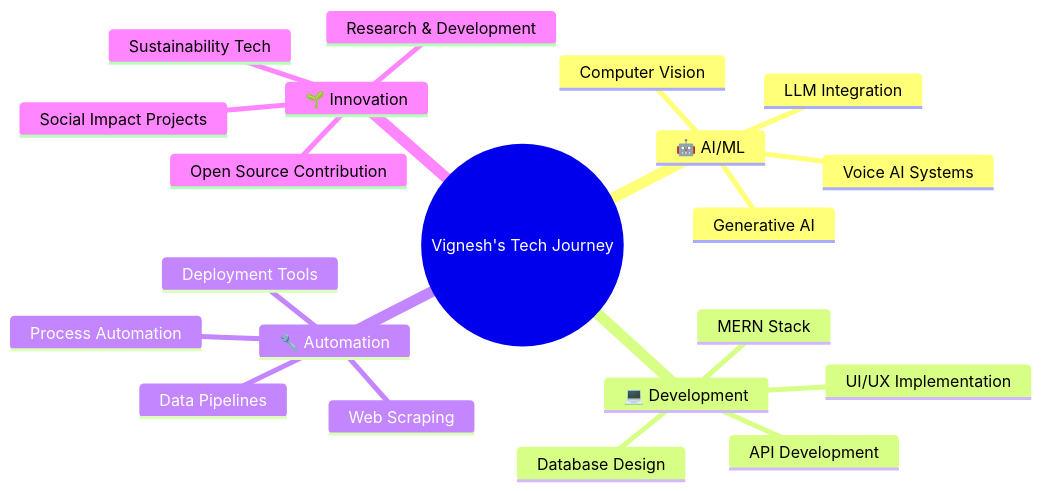
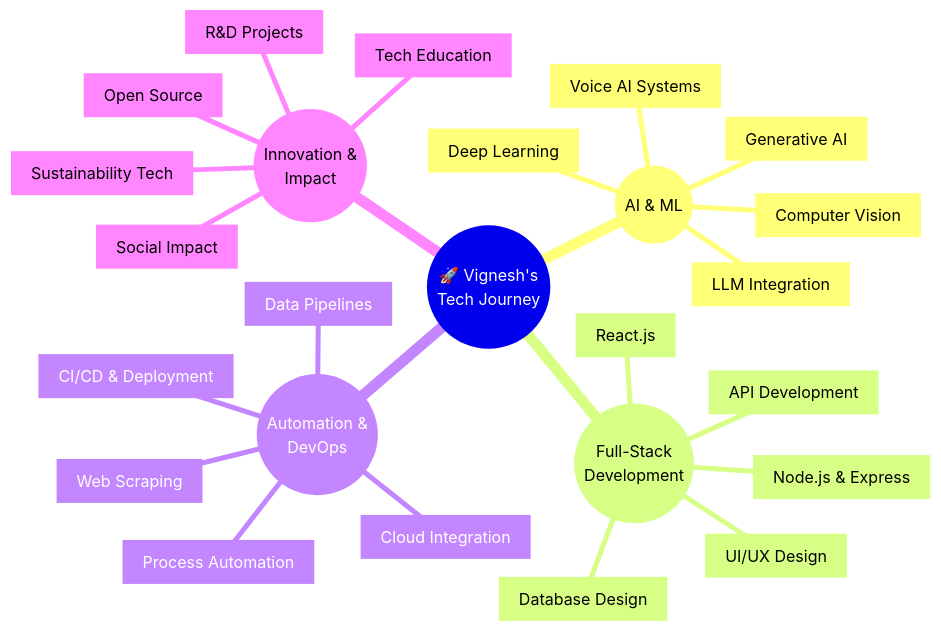
One commit to VICKY-0017/VICKY-0017 changed the diagram in README.md. Above: the diagram before and after it, drawn with Mermaid. The commit also changed other lines of this file, not shown here.

````diff
--- a/README.md
+++ b/README.md
@@ -210,24 +210,28 @@
 ```mermaid
 mindmap
-  root((Vignesh's Tech Journey))
-    🤖 AI/ML
-      Generative AI
-      LLM Integration
-      Voice AI Systems
-      Computer Vision
-    💻 Development
-      MERN Stack
-      API Development
-      Database Design
-      UI/UX Implementation
-    🔧 Automation
-      Process Automation
-      Web Scraping
-      Data Pipelines
-      Deployment Tools
-    🌱 Innovation
-      Sustainability Tech
-      Social Impact Projects
-      Open Source Contribution
-      Research & Development
+  root((🚀 Vignesh's<br/>Tech Journey))
+    🤖((AI & ML))
+      🧠[Generative AI]
+      🔗[LLM Integration]  
+      🎙️[Voice AI Systems]
+      👁️[Computer Vision]
+      📊[Deep Learning]
+    💻((Full-Stack<br/>Development))
+      ⚛️[React.js]
+      🟢[Node.js & Express]
+      🗃️[Database Design]
+      🎨[UI/UX Design]
+      🔌[API Development]
+    🔧((Automation &<br/>DevOps))
+      🤖[Process Automation]
+      🕷️[Web Scraping]
+      📈[Data Pipelines]
+      🚀[CI/CD & Deployment]
+      ☁️[Cloud Integration]
+    🌱((Innovation &<br/>Impact))
+      🌍[Sustainability Tech]
+      💡[Social Impact]
+      🔓[Open Source]
+      🔬[R&D Projects]
+      📚[Tech Education]
 ```
````
